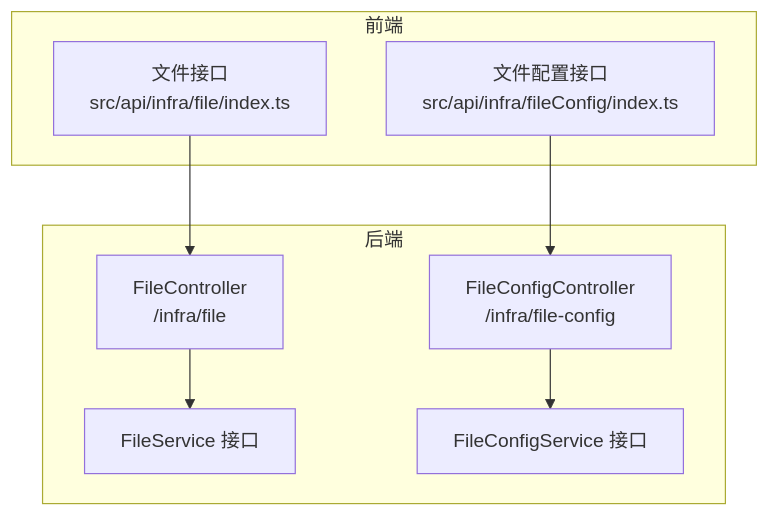
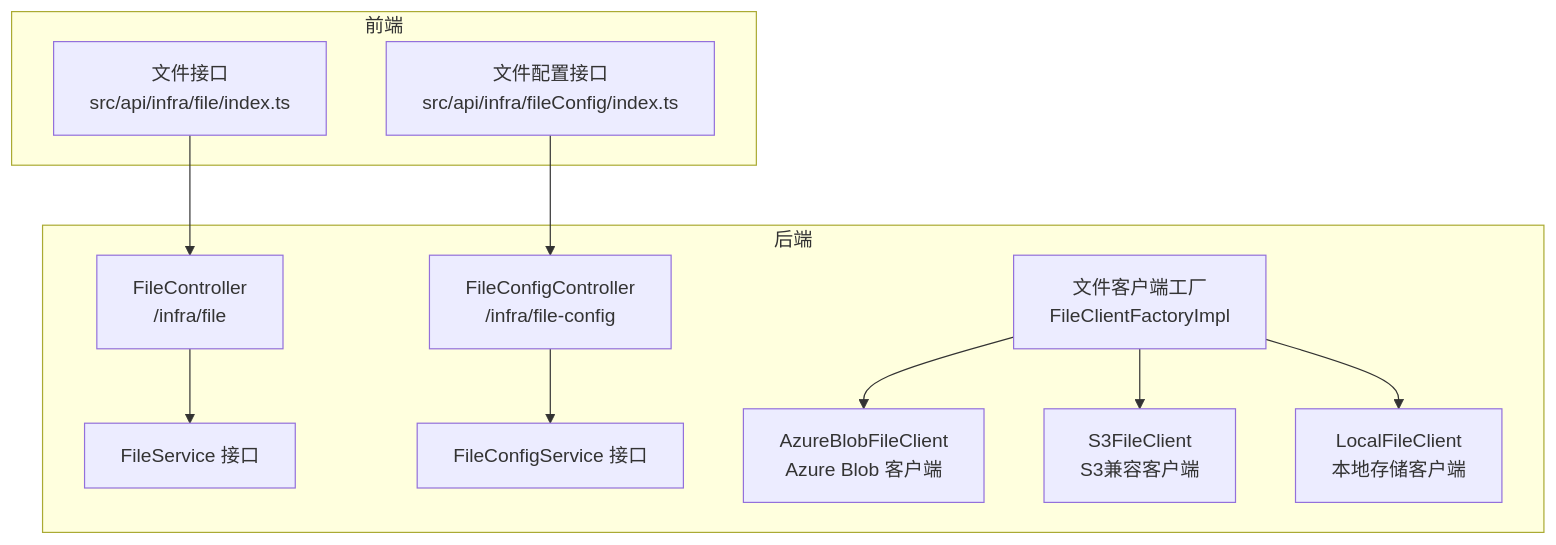
One commit to xiaoche80s-tech/rouyi-vue-pro changed the first of 6 diagrams in .qoder/repowiki/zh/content/核心模块/基础设施模块/文件管理系统.md. Above: the diagram before and after it, drawn with Mermaid. The commit also changed other lines of this file and 596 other files, not shown here.

````diff
--- a/.qoder/repowiki/zh/content/核心模块/基础设施模块/文件管理系统.md
+++ b/.qoder/repowiki/zh/content/核心模块/基础设施模块/文件管理系统.md
@@ -41,17 +57,24 @@
 ```mermaid
 graph TB
 subgraph "前端"
 FE_File["文件接口<br/>src/api/infra/file/index.ts"]
 FE_Config["文件配置接口<br/>src/api/infra/fileConfig/index.ts"]
 end
 subgraph "后端"
 Ctrl_File["FileController<br/>/infra/file"]
 Ctrl_Config["FileConfigController<br/>/infra/file-config"]
 Svc_File["FileService 接口"]
 Svc_Config["FileConfigService 接口"]
+Client_Factory["文件客户端工厂<br/>FileClientFactoryImpl"]
+Client_Azure["AzureBlobFileClient<br/>Azure Blob 客户端"]
+Client_S3["S3FileClient<br/>S3兼容客户端"]
+Client_Local["LocalFileClient<br/>本地存储客户端"]
 end
 FE_File --> Ctrl_File
 FE_Config --> Ctrl_Config
 Ctrl_File --> Svc_File
 Ctrl_Config --> Svc_Config
+Client_Factory --> Client_Azure
+Client_Factory --> Client_S3
+Client_Factory --> Client_Local
 ```
````
